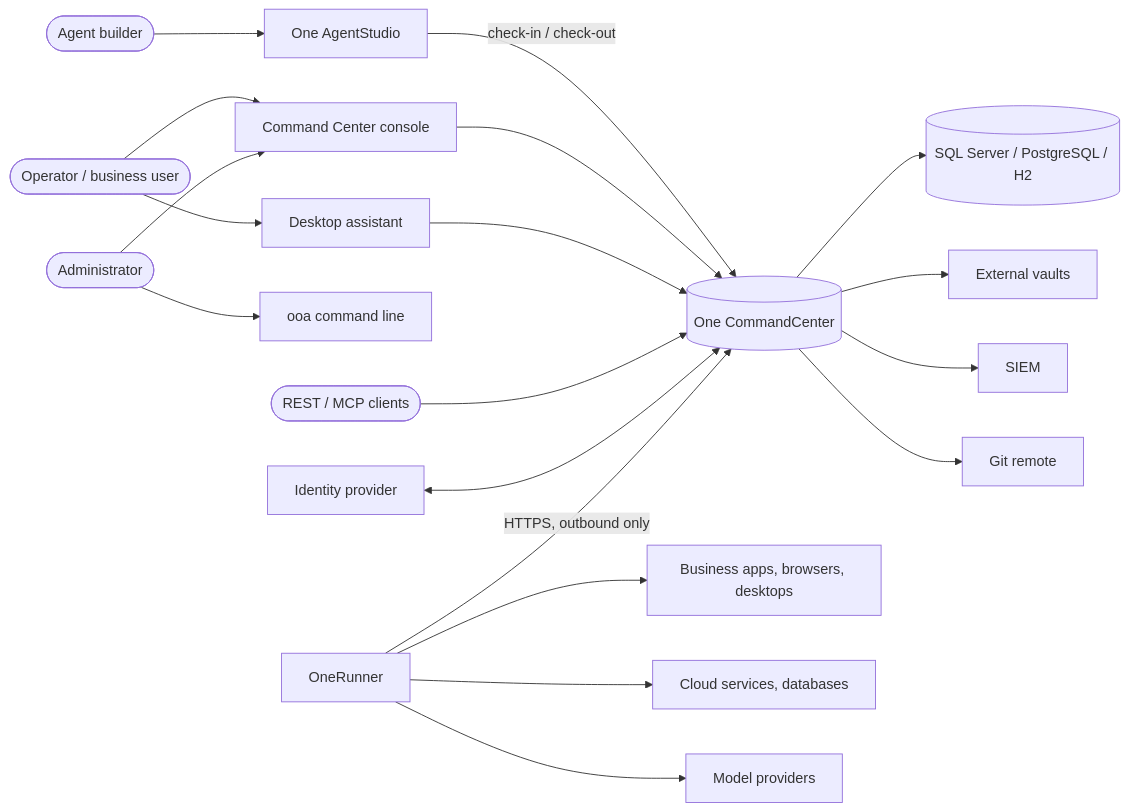
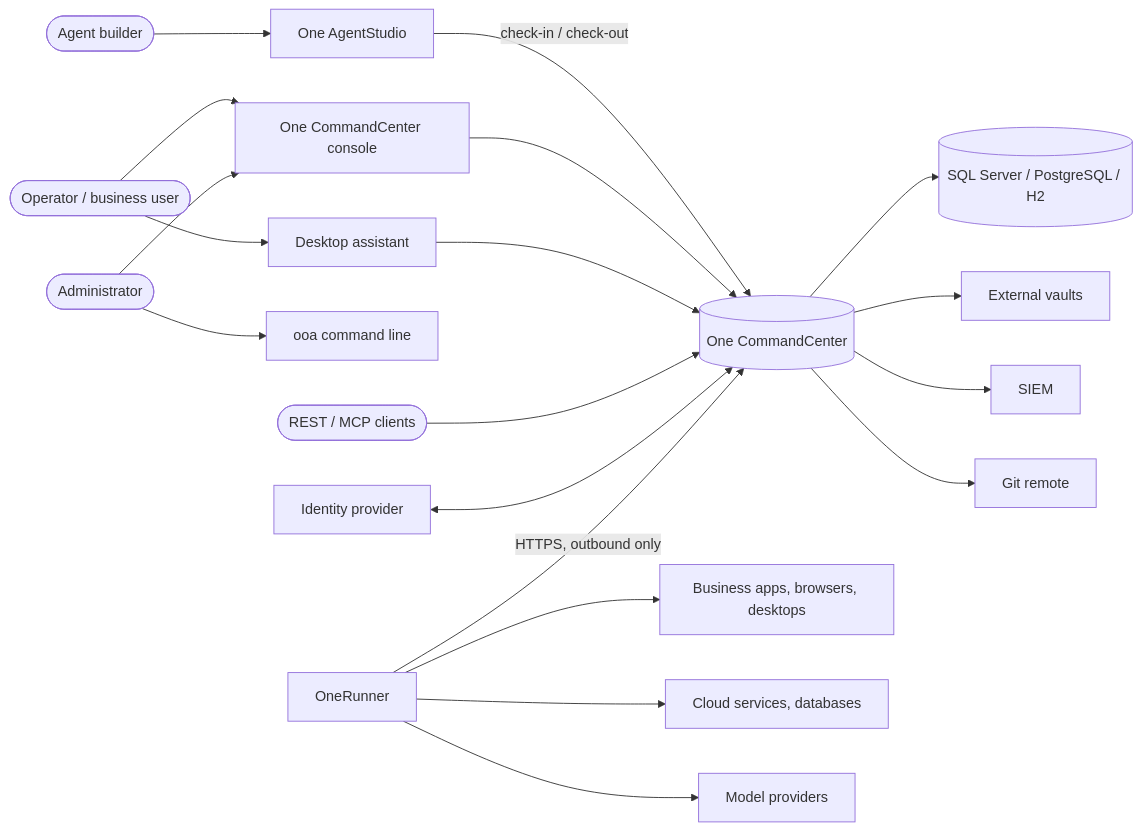
The first of 3 diagrams in docs/architecture/01-system-overview.md (OneOfficeautomation-Private-Limited/OneOfficeAutomation-Platform), drawn with Mermaid before and after one commit. The commit also changed other lines of this file and 268 other files, not shown here.

First line of the commit message:
Product names: One CommandCenter and One AgentStudio in every sentence; stored folder and service names unchanged

````diff
--- a/docs/architecture/01-system-overview.md
+++ b/docs/architecture/01-system-overview.md
@@ -67,21 +67,21 @@
 ```mermaid
 flowchart LR
     builder([Agent builder]) --> studio[One AgentStudio]
-    operator([Operator / business user]) --> console[Command Center console]
+    operator([Operator / business user]) --> console[One CommandCenter console]
     operator --> tray[Desktop assistant]
     admin([Administrator]) --> console
     admin --> cli[ooa command line]
     studio -- check-in / check-out --> cc[(One CommandCenter)]
     console --> cc
     tray --> cc
     extclient([REST / MCP clients]) --> cc
     idp[Identity provider] <--> cc
     cc --> db[(SQL Server / PostgreSQL / H2)]
     cc --> xvault[External vaults]
     cc --> siem[SIEM]
     cc --> git[Git remote]
     runner[OneRunner] -- HTTPS, outbound only --> cc
     runner --> apps[Business apps, browsers, desktops]
     runner --> cloud[Cloud services, databases]
     runner --> llm[Model providers]
 ```
````
